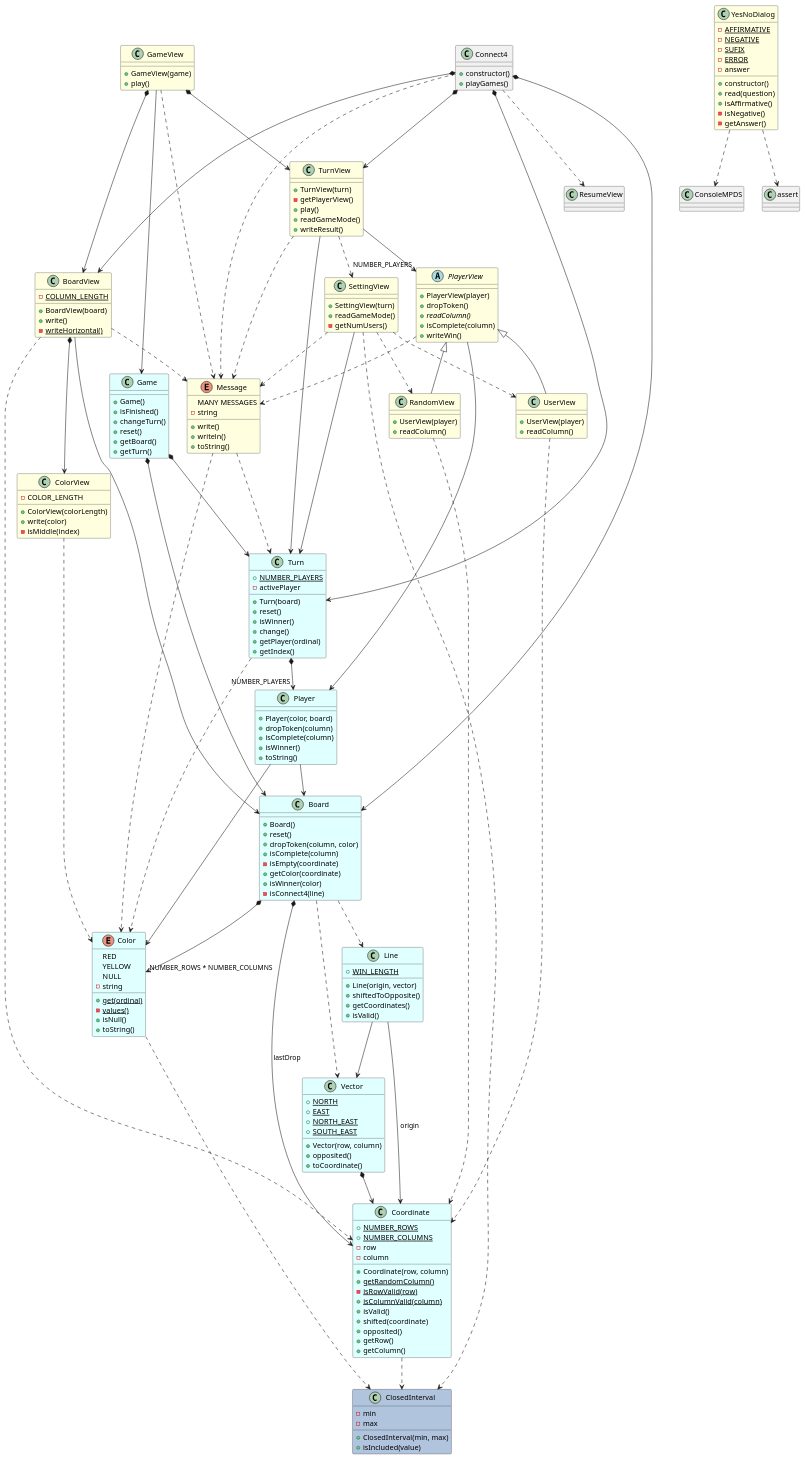
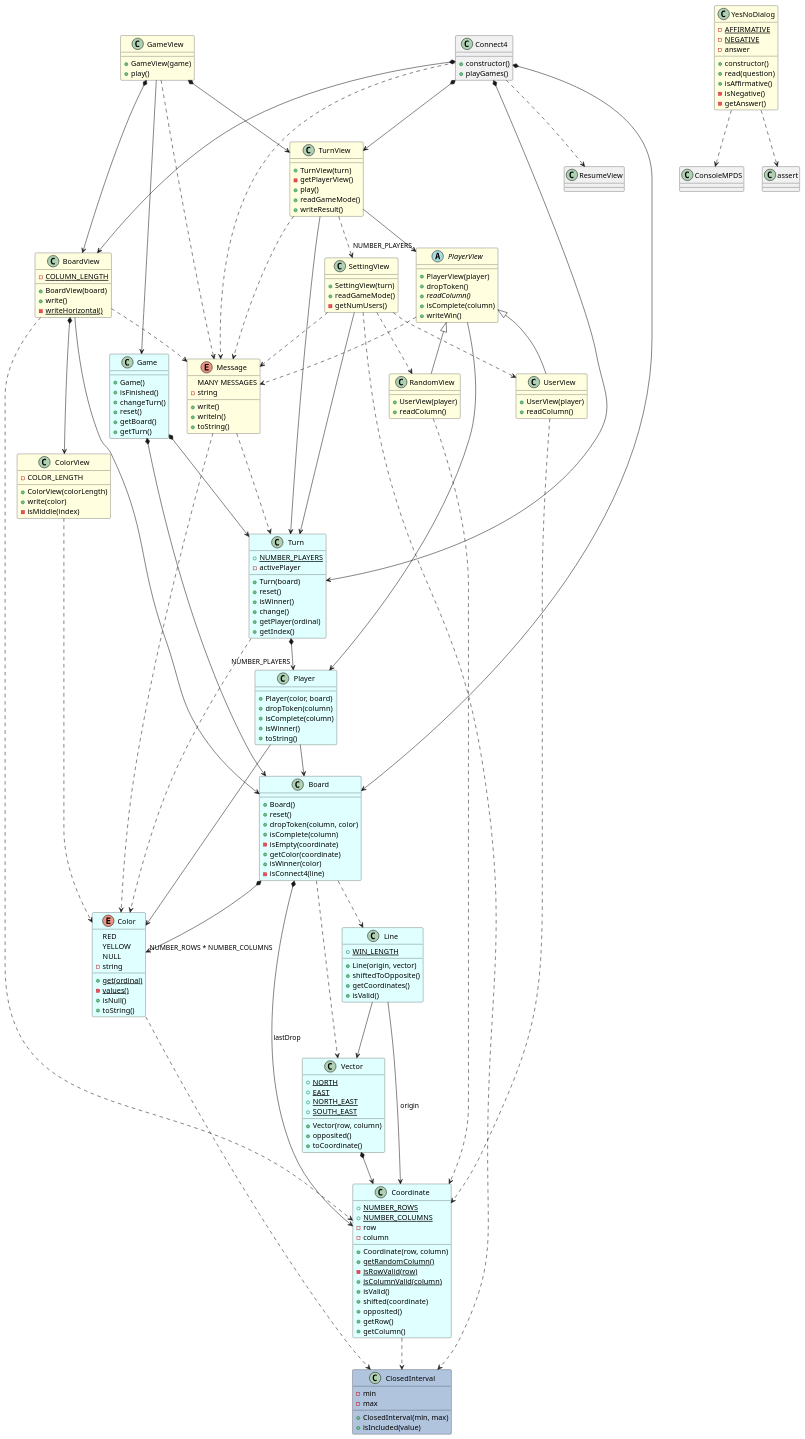
The diagram in docs/dev-resume/src/analysis.plantuml (PabloMartinFluvia/myGame-connect4), drawn with PlantUML before and after one commit. The commit also changed 3 other files, not shown here.

```diff
--- a/docs/dev-resume/src/analysis.plantuml
+++ b/docs/dev-resume/src/analysis.plantuml
@@ -15,8 +15,6 @@
 class YesNoDialog #LightYellow {
     - {static} AFFIRMATIVE
     - {static} NEGATIVE
-    - {static} SUFIX
-    - {static} ERROR
     - answer
 
     + constructor()
```
